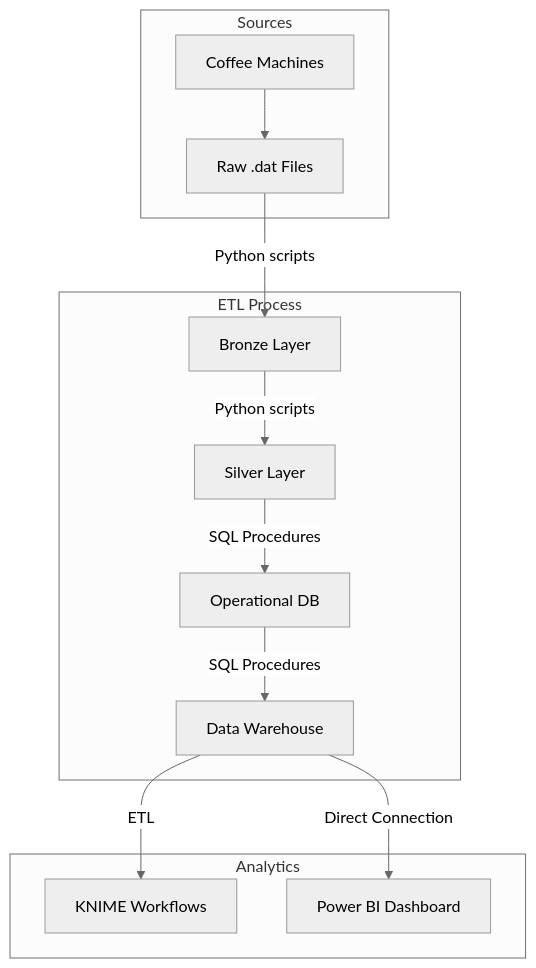
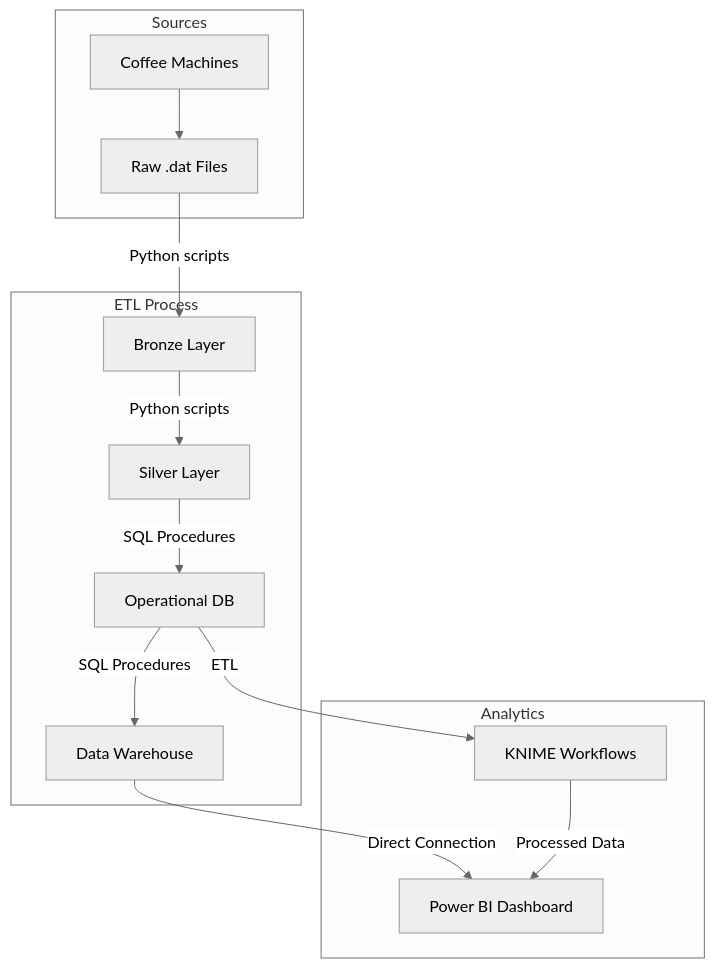
The first of 3 diagrams in README.md (Esvaria/DataCycleProject_Grp10), drawn with Mermaid (neutral theme) before and after one commit.

Commit message:
Update README.md - flowchart

````diff
--- a/README.md
+++ b/README.md
@@ -17,18 +17,17 @@
 ```mermaid
 flowchart TD
     subgraph "Sources"
         A[Coffee Machines] --> B[Raw .dat Files]
     end
-
     subgraph "ETL Process"
         B -->|Python scripts| C[Bronze Layer]
         C -->|Python scripts| D[Silver Layer]
         D -->|SQL Procedures| E[Operational DB]
         E -->|SQL Procedures| F[Data Warehouse]
     end
-
     subgraph "Analytics"
-        F -->|ETL| G[KNIME Workflows]
+        E -->|ETL| G[KNIME Workflows]
         F -->|Direct Connection| H[Power BI Dashboard]
+        G -->|Processed Data| H
     end
 ```
````
